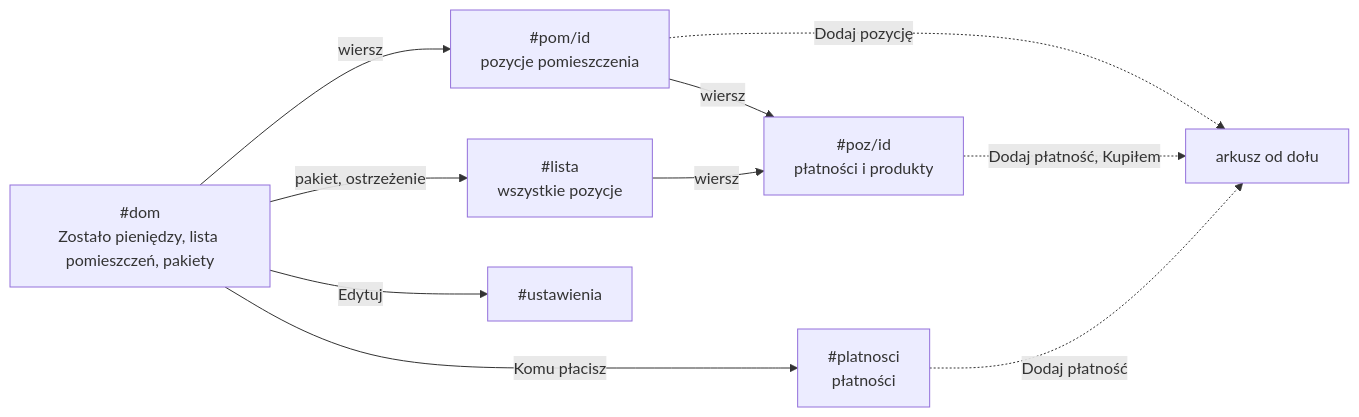
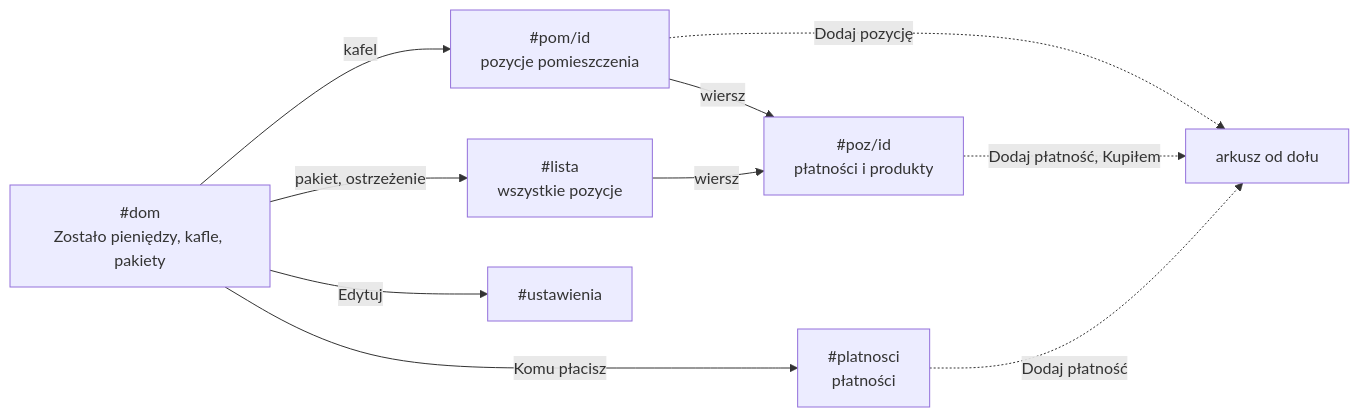
One commit to olgaerobert-code/koszty-domu changed the diagram in DESIGN.md. Above: the diagram before and after it, drawn with Mermaid. The commit also changed other lines of this file and 2 other files, not shown here.

First line of the commit message:
Kafle pomieszczeń wracają na ekran główny; zostaje jedna kwota u góry i nowe wiersze pozycji

````diff
--- a/DESIGN.md
+++ b/DESIGN.md
@@ -148,12 +148,12 @@
 ```mermaid
 flowchart LR
-  Dom["#dom<br>Zostało pieniędzy, lista pomieszczeń, pakiety"] -->|wiersz| Pom["#pom/id<br>pozycje pomieszczenia"]
+  Dom["#dom<br>Zostało pieniędzy, kafle, pakiety"] -->|kafel| Pom["#pom/id<br>pozycje pomieszczenia"]
   Pom -->|wiersz| Poz["#poz/id<br>płatności i produkty"]
   Dom -->|pakiet, ostrzeżenie| Lista["#lista<br>wszystkie pozycje"]
   Lista -->|wiersz| Poz
   Dom -->|Komu płacisz| Plat["#platnosci<br>płatności"]
   Dom -->|Edytuj| Ust["#ustawienia"]
   Pom -.->|Dodaj pozycję| Ark["arkusz od dołu"]
   Poz -.->|Dodaj płatność, Kupiłem| Ark
   Plat -.->|Dodaj płatność| Ark
 ```
````
